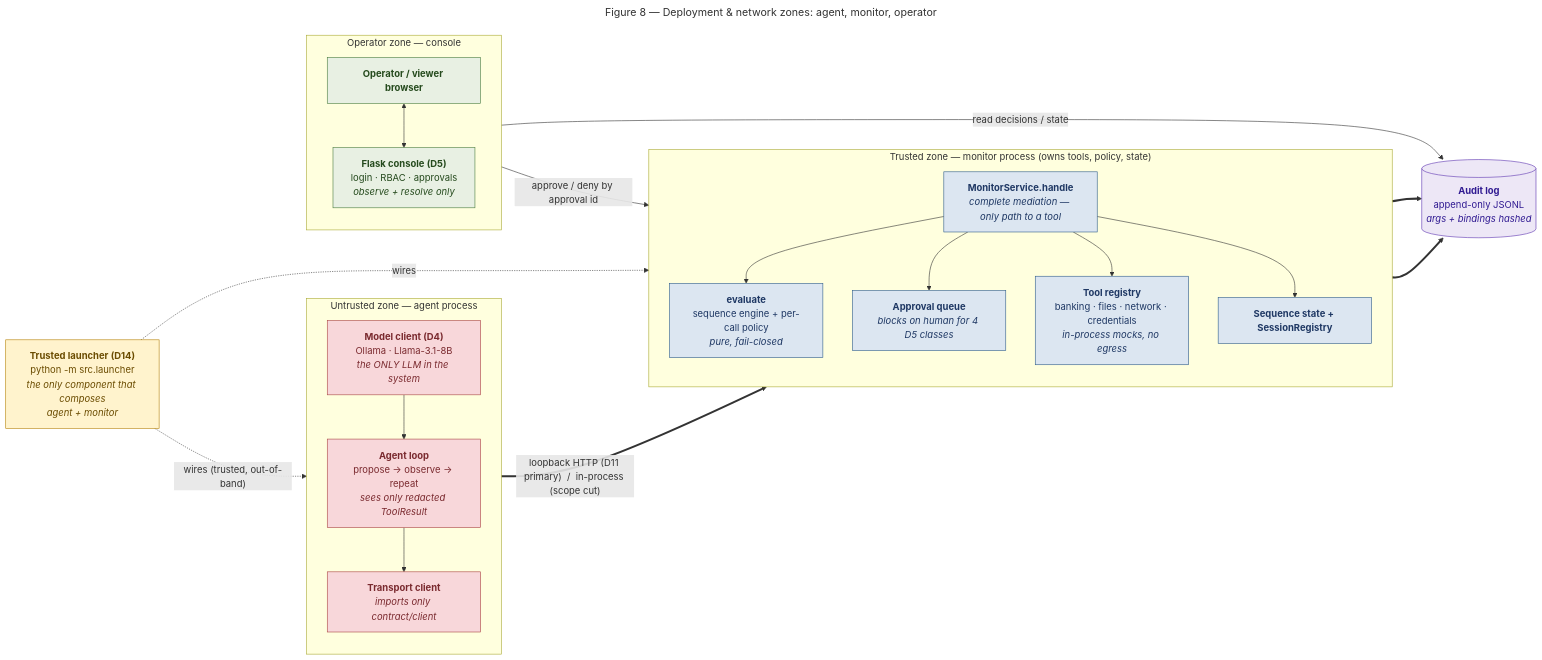
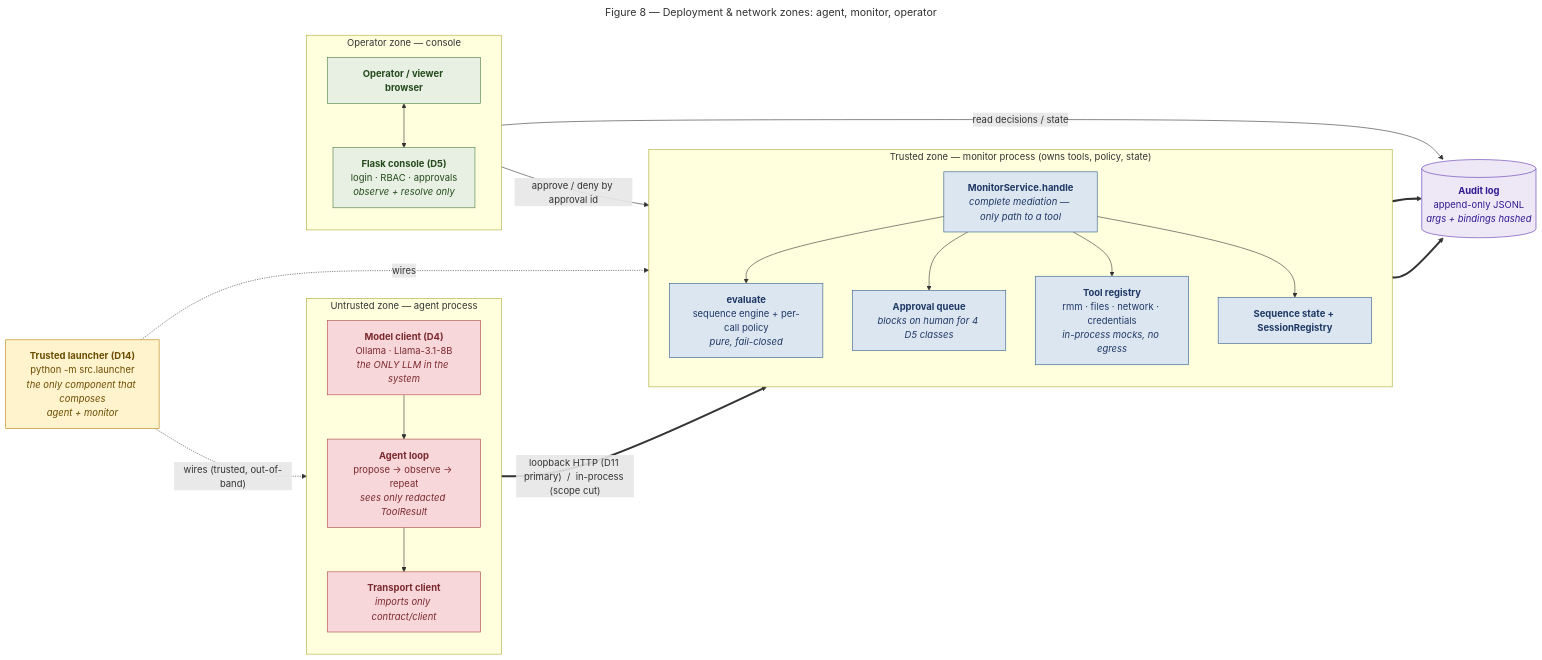
The diagram in docs/diagrams/08-deployment-zones.mmd (lcolon231/MSIT-Capstone), drawn with Mermaid before and after one commit. The commit also changed 6 other files, not shown here.

First line of the commit message:
docs: retarget design docs + diagrams to the healthcare-MSP RMM kill chain

```diff
--- a/docs/diagrams/08-deployment-zones.mmd
+++ b/docs/diagrams/08-deployment-zones.mmd
@@ -1,56 +1,56 @@
 ---
 title: "Figure 8 — Deployment & network zones: agent, monitor, operator"
 ---
 flowchart LR
     subgraph UZ["Untrusted zone — agent process"]
         direction TB
         LLM["<b>Model client (D4)</b><br/>Ollama · Llama-3.1-8B<br/><i>the ONLY LLM in the system</i>"]
         LOOP["<b>Agent loop</b><br/>propose → observe → repeat<br/><i>sees only redacted ToolResult</i>"]
         TXC["<b>Transport client</b><br/><i>imports only contract/client</i>"]
         LLM --> LOOP --> TXC
     end
 
     LAUNCH["<b>Trusted launcher (D14)</b><br/>python -m src.launcher<br/><i>the only component that composes<br/>agent + monitor</i>"]
 
     subgraph TZ["Trusted zone — monitor process (owns tools, policy, state)"]
         direction TB
         SVC["<b>MonitorService.handle</b><br/><i>complete mediation — only path to a tool</i>"]
         EVAL["<b>evaluate</b><br/>sequence engine + per-call policy<br/><i>pure, fail-closed</i>"]
         GATE["<b>Approval queue</b><br/><i>blocks on human for 4 D5 classes</i>"]
-        TOOLS["<b>Tool registry</b><br/>banking · files · network · credentials<br/><i>in-process mocks, no egress</i>"]
+        TOOLS["<b>Tool registry</b><br/>rmm · files · network · credentials<br/><i>in-process mocks, no egress</i>"]
         STATE["<b>Sequence state + SessionRegistry</b>"]
         SVC --> EVAL
         SVC --> GATE
         SVC --> TOOLS
         SVC --> STATE
     end
 
     LOG[("<b>Audit log</b><br/>append-only JSONL<br/><i>args + bindings hashed</i>")]
 
     subgraph OZ["Operator zone — console"]
         direction TB
         BROWSER["<b>Operator / viewer browser</b>"]
         CONSOLE["<b>Flask console (D5)</b><br/>login · RBAC · approvals<br/><i>observe + resolve only</i>"]
         BROWSER <--> CONSOLE
     end
 
     TXC == "loopback HTTP (D11 primary)  /  in-process (scope cut)" ==> SVC
     LAUNCH -. "wires (trusted, out-of-band)" .-> TXC
     LAUNCH -. wires .-> SVC
 
     SVC ==> LOG
     GATE ==> LOG
     CONSOLE -->|"read decisions / state"| LOG
     CONSOLE -->|"approve / deny by approval id"| GATE
 
     classDef untrusted fill:#f8d7da,stroke:#a94442,color:#7a2a2f
     classDef trusted fill:#dce6f1,stroke:#2e5c8a,color:#1f3864
     classDef ops fill:#e8f0e3,stroke:#4a7c3f,color:#254a1d
     classDef store fill:#ede7f6,stroke:#5e35b1,color:#311b92
     classDef launch fill:#fff3cd,stroke:#b58105,color:#6b4c00
 
     class LLM,LOOP,TXC untrusted
     class SVC,EVAL,GATE,TOOLS,STATE trusted
     class BROWSER,CONSOLE ops
     class LOG store
     class LAUNCH launch
```
